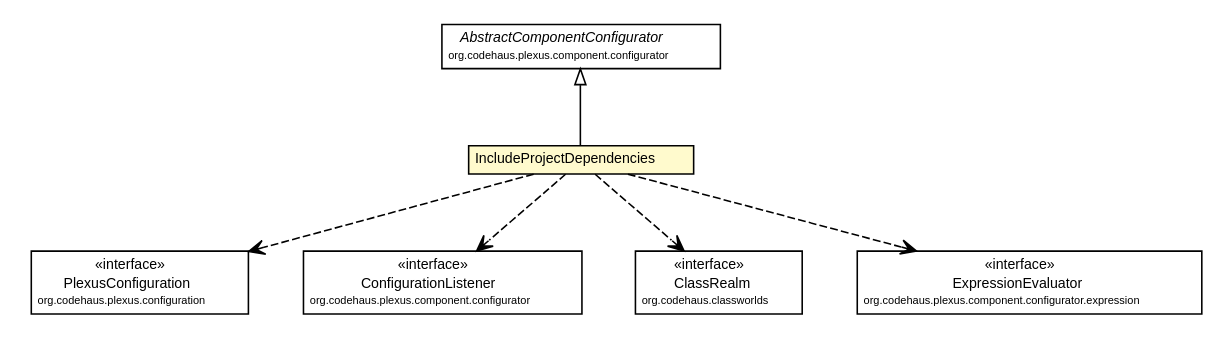
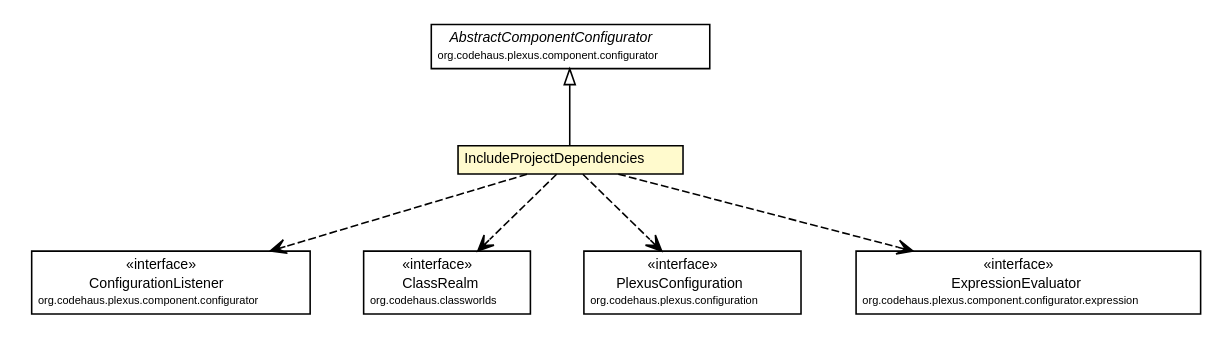
The diagram in site/apidocs/org/synchronoss/cpo/plugin/IncludeProjectDependencies.dot (synchronoss/cpo-api), drawn with Graphviz before and after one commit. The commit also changed 792 other files, not shown here.

```diff
--- a/site/apidocs/org/synchronoss/cpo/plugin/IncludeProjectDependencies.dot
+++ b/site/apidocs/org/synchronoss/cpo/plugin/IncludeProjectDependencies.dot
@@ -1,65 +1,65 @@
 #!/usr/local/bin/dot
 #
 # Class diagram 
 # Generated by UmlGraph version 4.6 (http://www.spinellis.gr/sw/umlgraph)
 #
 
 digraph G {
 	edge [fontname="Helvetica",fontsize=10,labelfontname="Helvetica",labelfontsize=10];
 	node [fontname="Helvetica",fontsize=10,shape=plaintext];
 	// org.synchronoss.cpo.plugin.IncludeProjectDependencies
 	c53834 [label=<<table border="0" cellborder="1" cellspacing="0" cellpadding="2" port="p" bgcolor="lemonChiffon" href="./IncludeProjectDependencies.html">
 		<tr><td><table border="0" cellspacing="0" cellpadding="1">
 			<tr><td> IncludeProjectDependencies </td></tr>
 		</table></td></tr>
 		</table>>, fontname="Helvetica", fontcolor="black", fontsize=9.0];
 	//org.synchronoss.cpo.plugin.IncludeProjectDependencies extends org.codehaus.plexus.component.configurator.AbstractComponentConfigurator
 	c53839:p -> c53834:p [dir=back,arrowtail=empty];
+	// org.synchronoss.cpo.plugin.IncludeProjectDependencies DEPEND org.codehaus.plexus.component.configurator.ConfigurationListener
+	c53834:p -> c53840:p [taillabel="", label="", headlabel="", fontname="Helvetica", fontcolor="black", fontsize=10.0, color="black", arrowhead=open, style=dashed];
+	// org.synchronoss.cpo.plugin.IncludeProjectDependencies DEPEND org.codehaus.classworlds.ClassRealm
+	c53834:p -> c53843:p [taillabel="", label="", headlabel="", fontname="Helvetica", fontcolor="black", fontsize=10.0, color="black", arrowhead=open, style=dashed];
 	// org.synchronoss.cpo.plugin.IncludeProjectDependencies DEPEND org.codehaus.plexus.configuration.PlexusConfiguration
-	c53834:p -> c53840:p [taillabel="", label="", headlabel="", fontname="Helvetica", fontcolor="black", fontsize=10.0, color="black", arrowhead=open, style=dashed];
-	// org.synchronoss.cpo.plugin.IncludeProjectDependencies DEPEND org.codehaus.plexus.component.configurator.ConfigurationListener
-	c53834:p -> c53841:p [taillabel="", label="", headlabel="", fontname="Helvetica", fontcolor="black", fontsize=10.0, color="black", arrowhead=open, style=dashed];
-	// org.synchronoss.cpo.plugin.IncludeProjectDependencies DEPEND org.codehaus.classworlds.ClassRealm
 	c53834:p -> c53844:p [taillabel="", label="", headlabel="", fontname="Helvetica", fontcolor="black", fontsize=10.0, color="black", arrowhead=open, style=dashed];
 	// org.synchronoss.cpo.plugin.IncludeProjectDependencies DEPEND org.codehaus.plexus.component.configurator.expression.ExpressionEvaluator
 	c53834:p -> c53845:p [taillabel="", label="", headlabel="", fontname="Helvetica", fontcolor="black", fontsize=10.0, color="black", arrowhead=open, style=dashed];
 	// org.codehaus.classworlds.ClassRealm
-	c53844 [label=<<table border="0" cellborder="1" cellspacing="0" cellpadding="2" port="p" href="http://java.sun.com/j2se/1.4.2/docs/api/org/codehaus/classworlds/ClassRealm.html">
+	c53843 [label=<<table border="0" cellborder="1" cellspacing="0" cellpadding="2" port="p" href="http://java.sun.com/j2se/1.4.2/docs/api/org/codehaus/classworlds/ClassRealm.html">
 		<tr><td><table border="0" cellspacing="0" cellpadding="1">
 			<tr><td> &laquo;interface&raquo; </td></tr>
 			<tr><td> ClassRealm </td></tr>
 			<tr><td><font point-size="7.0"> org.codehaus.classworlds </font></td></tr>
 		</table></td></tr>
 		</table>>, fontname="Helvetica", fontcolor="black", fontsize=9.0];
 	// org.codehaus.plexus.component.configurator.expression.ExpressionEvaluator
 	c53845 [label=<<table border="0" cellborder="1" cellspacing="0" cellpadding="2" port="p" href="http://java.sun.com/j2se/1.4.2/docs/api/org/codehaus/plexus/component/configurator/expression/ExpressionEvaluator.html">
 		<tr><td><table border="0" cellspacing="0" cellpadding="1">
 			<tr><td> &laquo;interface&raquo; </td></tr>
 			<tr><td> ExpressionEvaluator </td></tr>
 			<tr><td><font point-size="7.0"> org.codehaus.plexus.component.configurator.expression </font></td></tr>
 		</table></td></tr>
 		</table>>, fontname="Helvetica", fontcolor="black", fontsize=9.0];
 	// org.codehaus.plexus.component.configurator.AbstractComponentConfigurator
 	c53839 [label=<<table border="0" cellborder="1" cellspacing="0" cellpadding="2" port="p" href="http://java.sun.com/j2se/1.4.2/docs/api/org/codehaus/plexus/component/configurator/AbstractComponentConfigurator.html">
 		<tr><td><table border="0" cellspacing="0" cellpadding="1">
 			<tr><td><font face="Helvetica-Oblique"> AbstractComponentConfigurator </font></td></tr>
 			<tr><td><font point-size="7.0"> org.codehaus.plexus.component.configurator </font></td></tr>
 		</table></td></tr>
 		</table>>, fontname="Helvetica", fontcolor="black", fontsize=9.0];
 	// org.codehaus.plexus.component.configurator.ConfigurationListener
-	c53841 [label=<<table border="0" cellborder="1" cellspacing="0" cellpadding="2" port="p" href="http://java.sun.com/j2se/1.4.2/docs/api/org/codehaus/plexus/component/configurator/ConfigurationListener.html">
+	c53840 [label=<<table border="0" cellborder="1" cellspacing="0" cellpadding="2" port="p" href="http://java.sun.com/j2se/1.4.2/docs/api/org/codehaus/plexus/component/configurator/ConfigurationListener.html">
 		<tr><td><table border="0" cellspacing="0" cellpadding="1">
 			<tr><td> &laquo;interface&raquo; </td></tr>
 			<tr><td> ConfigurationListener </td></tr>
 			<tr><td><font point-size="7.0"> org.codehaus.plexus.component.configurator </font></td></tr>
 		</table></td></tr>
 		</table>>, fontname="Helvetica", fontcolor="black", fontsize=9.0];
 	// org.codehaus.plexus.configuration.PlexusConfiguration
-	c53840 [label=<<table border="0" cellborder="1" cellspacing="0" cellpadding="2" port="p" href="http://java.sun.com/j2se/1.4.2/docs/api/org/codehaus/plexus/configuration/PlexusConfiguration.html">
+	c53844 [label=<<table border="0" cellborder="1" cellspacing="0" cellpadding="2" port="p" href="http://java.sun.com/j2se/1.4.2/docs/api/org/codehaus/plexus/configuration/PlexusConfiguration.html">
 		<tr><td><table border="0" cellspacing="0" cellpadding="1">
 			<tr><td> &laquo;interface&raquo; </td></tr>
 			<tr><td> PlexusConfiguration </td></tr>
 			<tr><td><font point-size="7.0"> org.codehaus.plexus.configuration </font></td></tr>
 		</table></td></tr>
 		</table>>, fontname="Helvetica", fontcolor="black", fontsize=9.0];
 }
```
